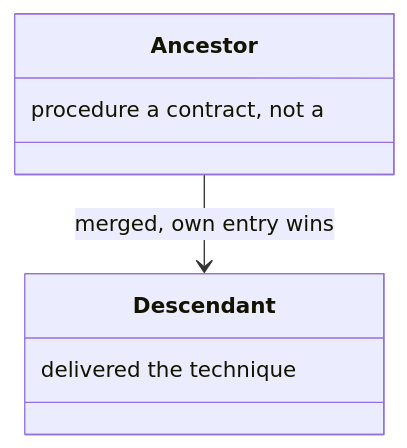
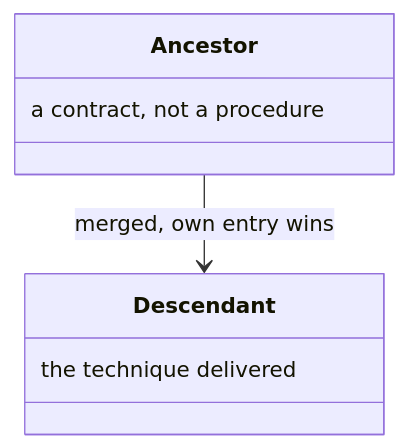
One commit to m2ux/workflow-server changed diagram 28 of 34 in docs/resolution.md. Above: the diagram before and after it, drawn with Mermaid. The commit also changed other lines of this file and 10 other files, not shown here.

Commit message:
Write each class-box note in reading order so the diagram shows the phrase as written.

````diff
--- a/docs/resolution.md
+++ b/docs/resolution.md
@@ -553,10 +553,10 @@
 ```mermaid
 classDiagram
   class Ancestor {
-    procedure a contract, not a
+    a contract, not a procedure
   }
   class Descendant {
-    delivered the technique
+    the technique delivered
   }
   Ancestor --> Descendant : merged, own entry wins
 ```
````
